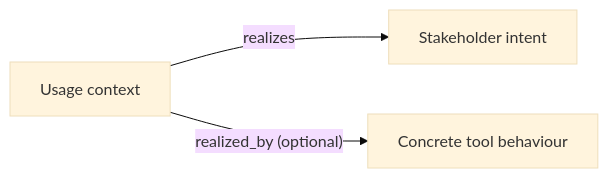
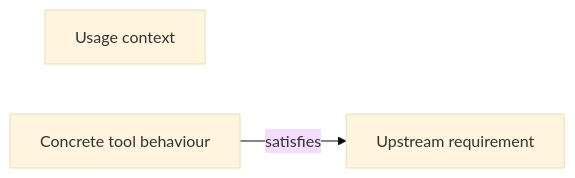
Diagram 14 of 15 in docs/how-to/perform_tool_verification.md (etas-contrib/score_docs-as-code), drawn with Mermaid (base theme) before and after one commit. The commit also changed other lines of this file and 7 other files, not shown here.

````diff
--- a/docs/how-to/perform_tool_verification.md
+++ b/docs/how-to/perform_tool_verification.md
@@ -1071,9 +1081,8 @@
 ```{mermaid}
 flowchart LR
-    STKH["Stakeholder intent"]
+    UP["Upstream requirement"]
     UC["Usage context"]
     TR["Concrete tool behaviour"]
 
-    UC -->|"realizes"| STKH
-    UC -->|"realized_by (optional)"| TR
+    TR -->|"satisfies"| UP
 ```
````
